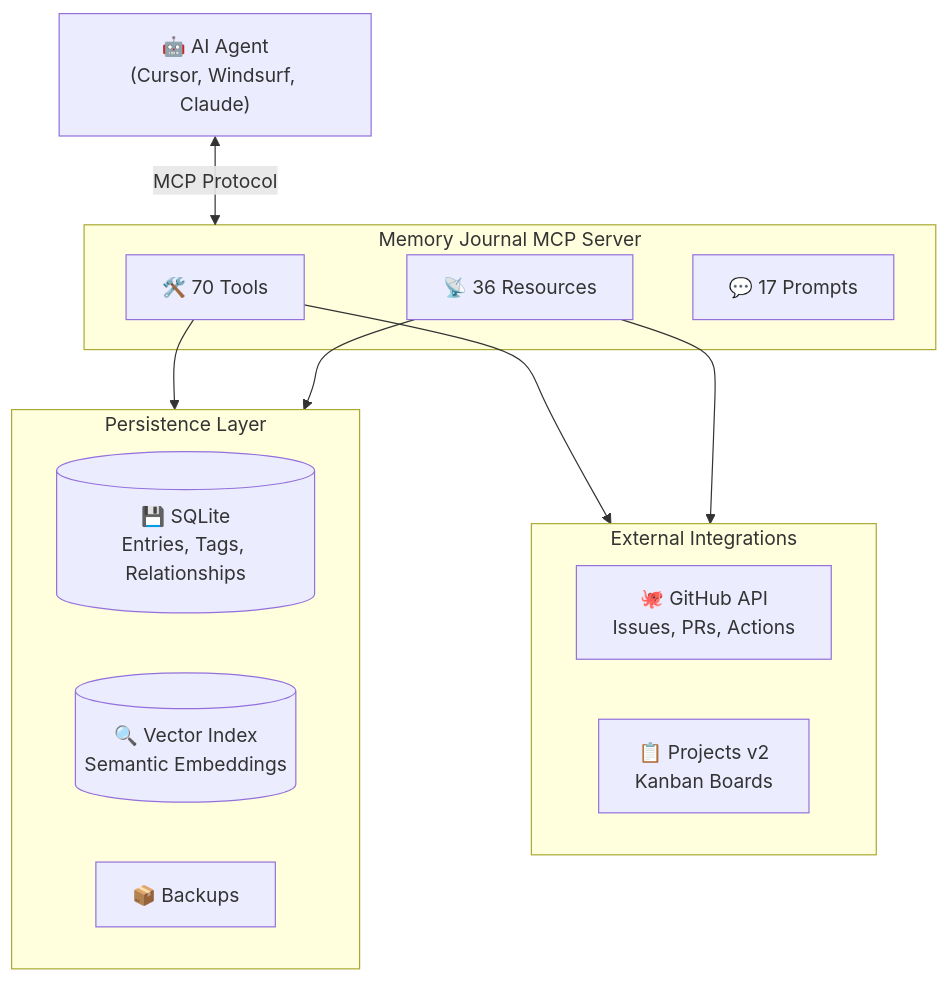
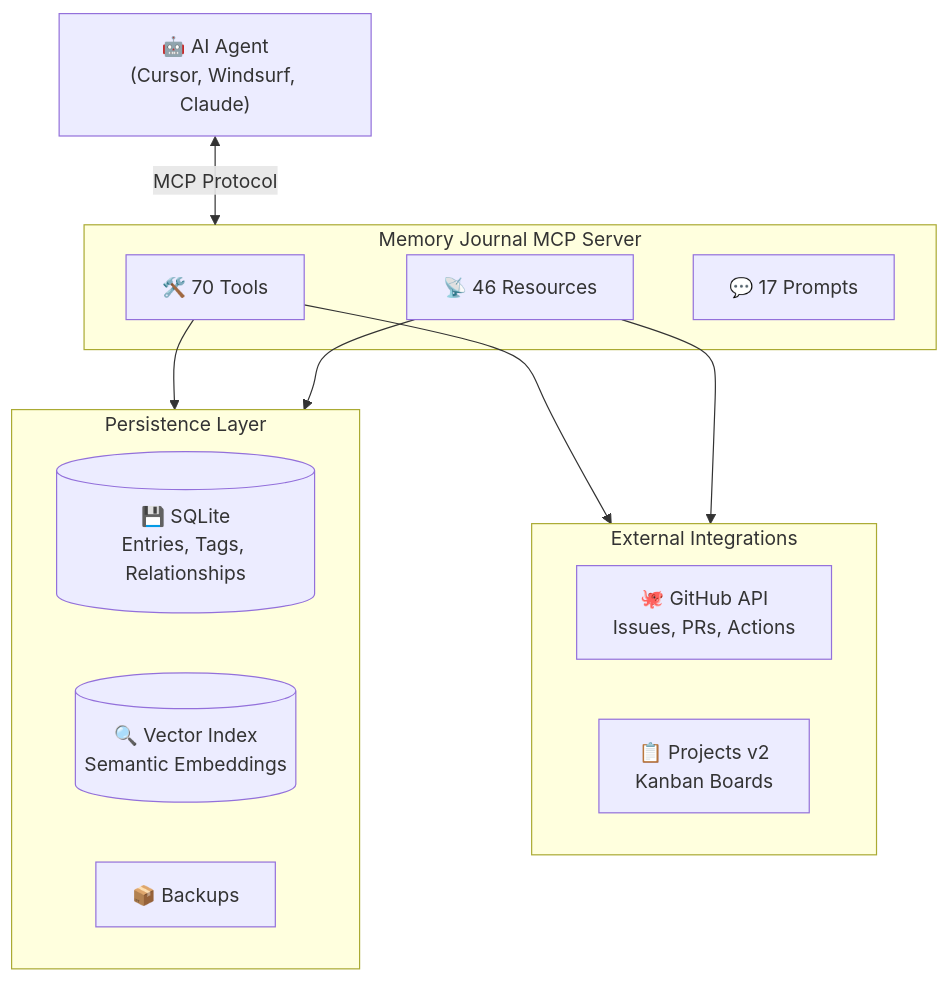
One commit to neverinfamous/memory-journal-mcp changed the second of 2 diagrams in README.md. Above: the diagram before and after it, drawn with Mermaid. The commit also changed other lines of this file and 12 other files, not shown here.

````diff
--- a/README.md
+++ b/README.md
@@ -673,27 +673,27 @@
 ```mermaid
 flowchart TB
     AI["🤖 AI Agent<br/>(Cursor, Windsurf, Claude)"]
 
     subgraph MCP["Memory Journal MCP Server"]
         Tools["🛠️ 70 Tools"]
-        Resources["📡 36 Resources"]
+        Resources["📡 46 Resources"]
         Prompts["💬 17 Prompts"]
     end
 
     subgraph Storage["Persistence Layer"]
         SQLite[("💾 SQLite<br/>Entries, Tags, Relationships")]
         Vector[("🔍 Vector Index<br/>Semantic Embeddings")]
         Backups["📦 Backups"]
     end
 
     subgraph External["External Integrations"]
         GitHub["🐙 GitHub API<br/>Issues, PRs, Actions"]
         Kanban["📋 Projects v2<br/>Kanban Boards"]
     end
 
     AI <-->|"MCP Protocol"| MCP
     Tools --> Storage
     Tools --> External
     Resources --> Storage
     Resources --> External
 ```
````
